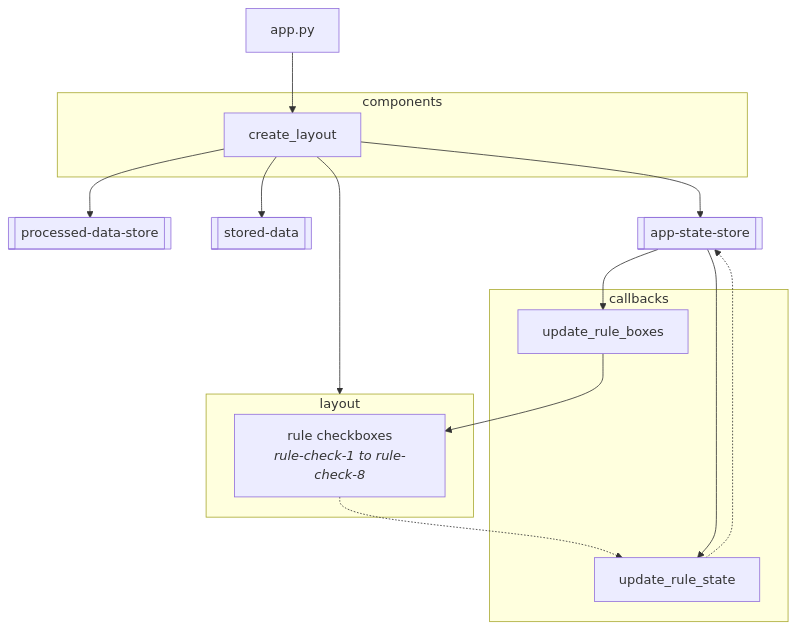
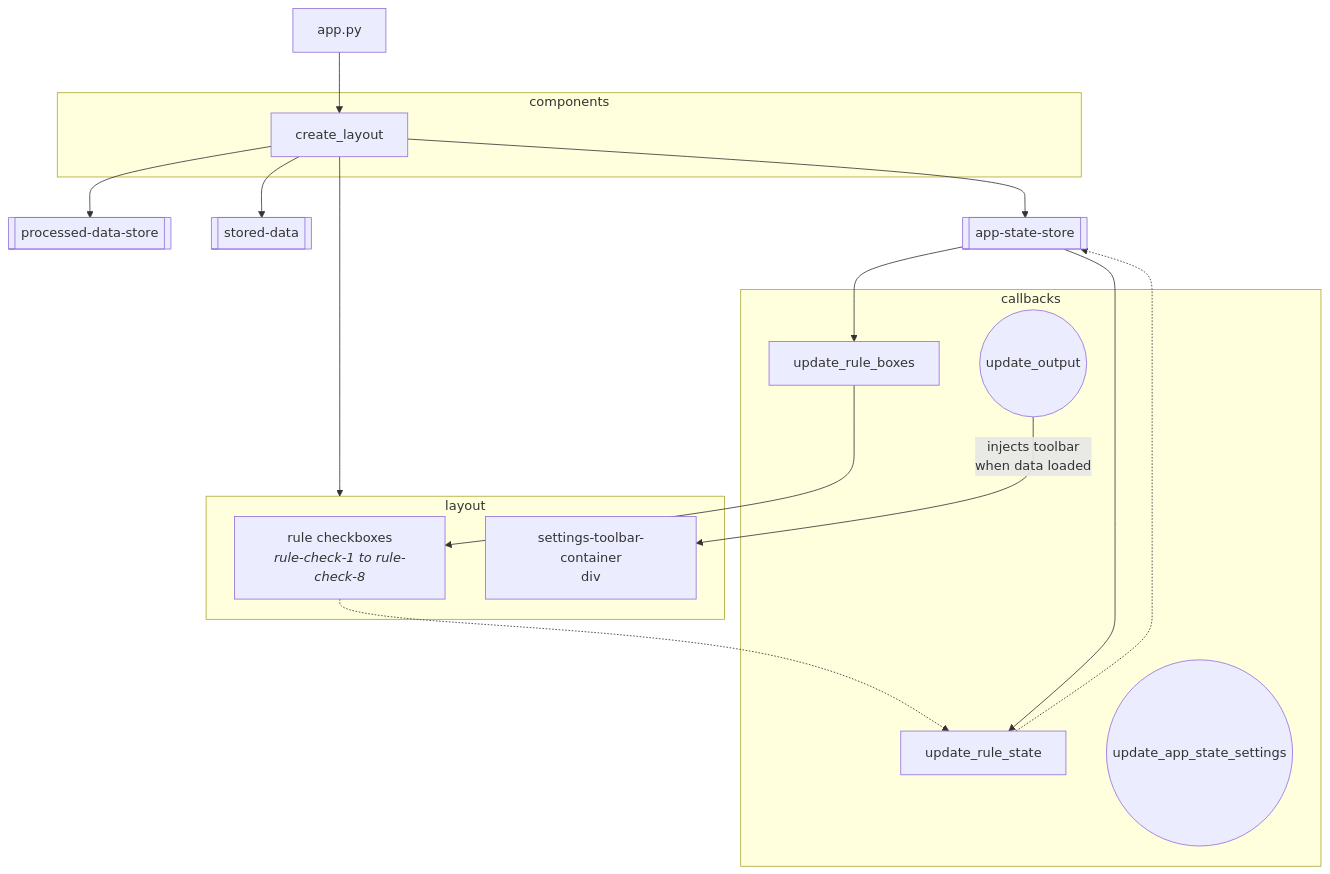
The diagram in README.md (franciscoyira/lss_controlchart_web), drawn with Mermaid before and after one commit. The commit also changed other lines of this file and 7 other files, not shown here.

````diff
--- a/README.md
+++ b/README.md
@@ -31,27 +31,31 @@
 ```mermaid
 flowchart TD
     cr_layout --> store2[[processed-data-store]]
     cr_layout --> store1[[stored-data]]
     cr_layout --> layout
     cr_layout --> store3[[app-state-store]]
     app[app.py] --> cr_layout[create_layout]
     cb1 -.-> store3
     cb2 -->ruleboxes[rule checkboxes<br><i>rule-check-1 to rule-check-8</i>]
 
     ruleboxes-.->cb1
     store3 --> cb2[update_rule_boxes]
     store3 --> cb1[update_rule_state]
+    tb_cb((update_output)) --"injects toolbar<br>when data loaded"--> toolbar
 
     subgraph components
         cr_layout
     end
 
-   subgraph callbacks
+    subgraph callbacks
         cb2
         cb1
-   end
+        tb_cb
+        upd_sett((update_app_state_settings))
+    end
 
-   subgraph layout
+    subgraph layout
       ruleboxes
-   end
+      toolbar[settings-toolbar-container<br>div]
+    end
 ```
````
